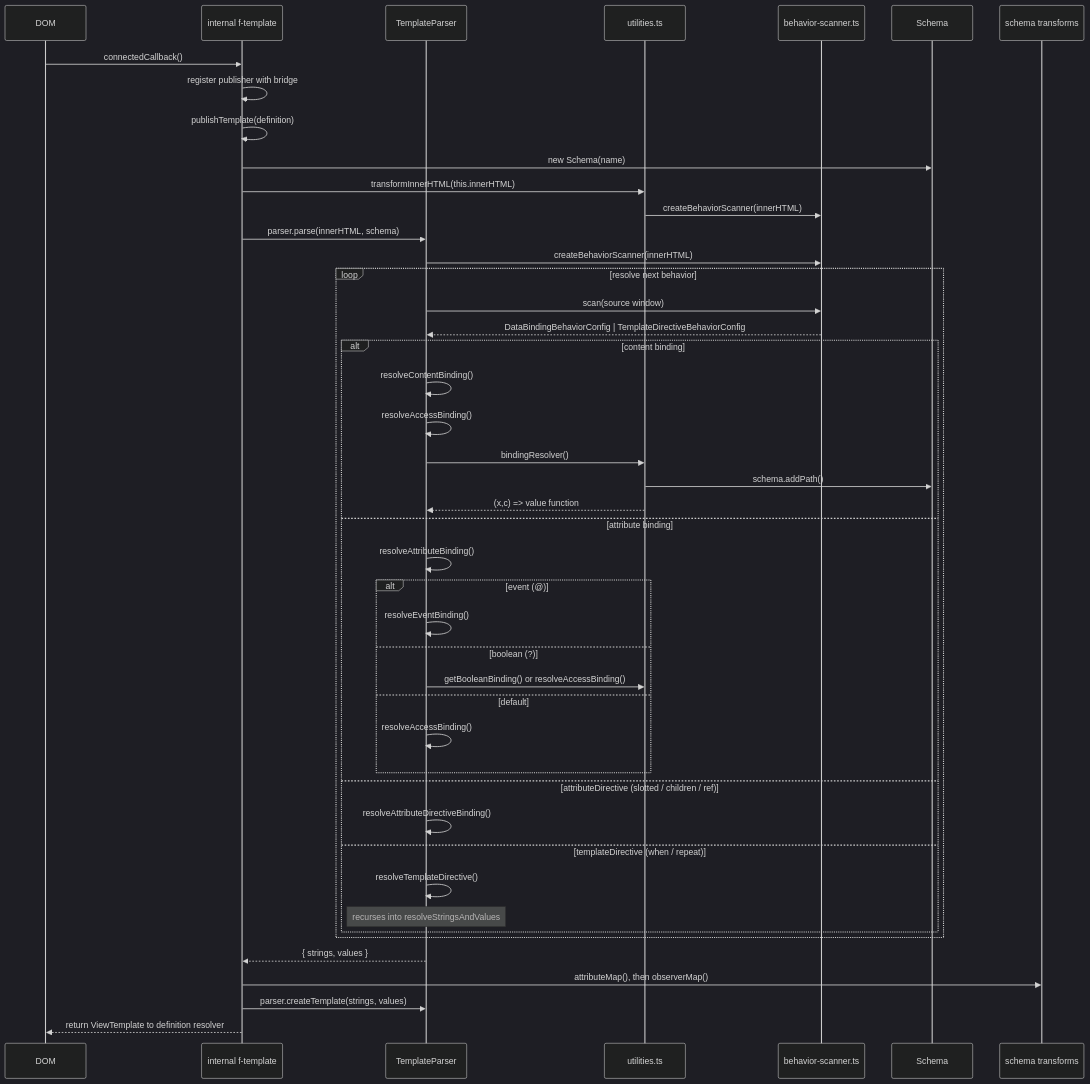
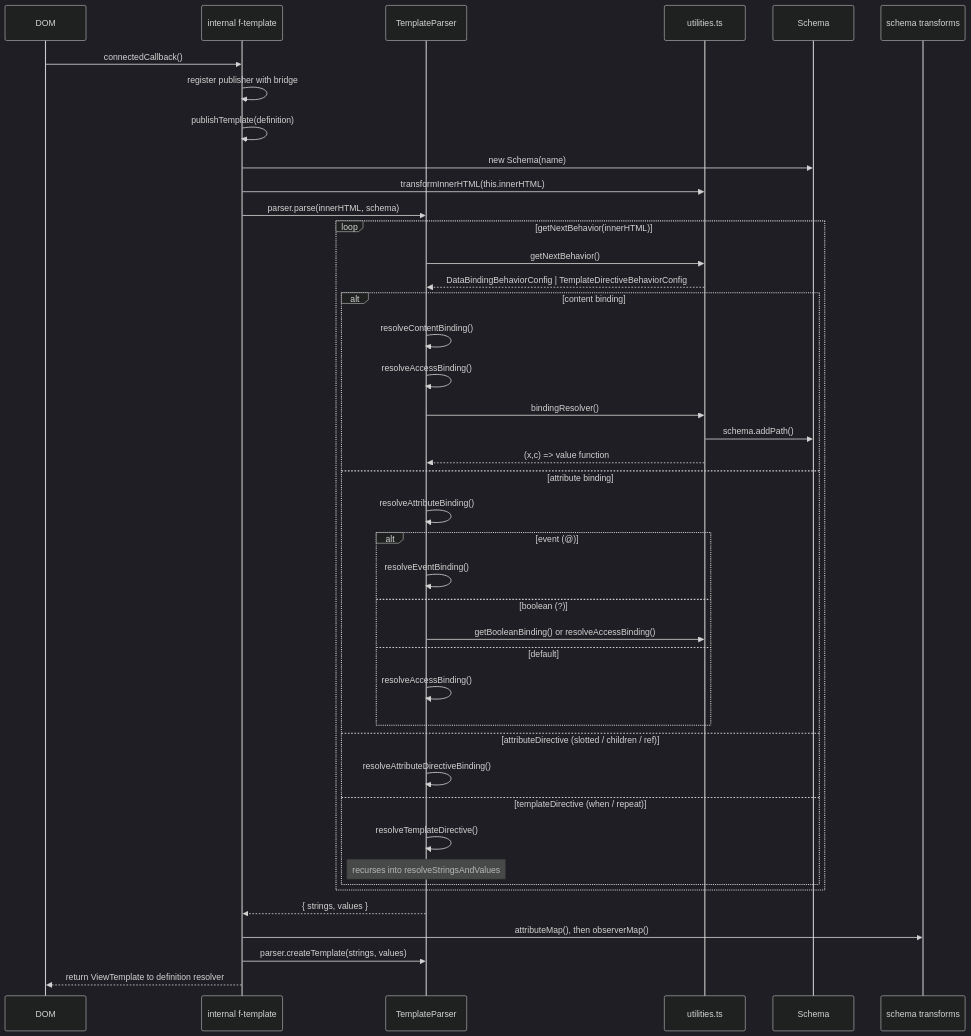
The second of 4 diagrams in packages/fast-element/docs/declarative/design.md (microsoft/fast), drawn with Mermaid (dark theme) before and after one commit. The commit also changed other lines of this file and 31 other files, not shown here.

````diff
--- a/packages/fast-element/docs/declarative/design.md
+++ b/packages/fast-element/docs/declarative/design.md
@@ -458,48 +456,45 @@
 ```mermaid
 sequenceDiagram
     participant DOM
     participant FTE as internal f-template
     participant TP as TemplateParser
     participant U as utilities.ts
-    participant BS as behavior-scanner.ts
     participant S as Schema
     participant Transforms as schema transforms
 
     DOM->>FTE: connectedCallback()
     FTE->>FTE: register publisher with bridge
     FTE->>FTE: publishTemplate(definition)
     FTE->>S: new Schema(name)
     FTE->>U: transformInnerHTML(this.innerHTML)
-    U->>BS: createBehaviorScanner(innerHTML)
     FTE->>TP: parser.parse(innerHTML, schema)
-    TP->>BS: createBehaviorScanner(innerHTML)
-    loop resolve next behavior
-        TP->>BS: scan(source window)
-        BS-->>TP: DataBindingBehaviorConfig | TemplateDirectiveBehaviorConfig
+    loop getNextBehavior(innerHTML)
+        TP->>U: getNextBehavior()
+        U-->>TP: DataBindingBehaviorConfig | TemplateDirectiveBehaviorConfig
         alt content binding
             TP->>TP: resolveContentBinding()
             TP->>TP: resolveAccessBinding()
             TP->>U: bindingResolver()
             U->>S: schema.addPath()
             U-->>TP: (x,c) => value function
         else attribute binding
             TP->>TP: resolveAttributeBinding()
             alt event (@)
                 TP->>TP: resolveEventBinding()
             else boolean (?)
                 TP->>U: getBooleanBinding() or resolveAccessBinding()
             else default
                 TP->>TP: resolveAccessBinding()
             end
         else attributeDirective (slotted / children / ref)
             TP->>TP: resolveAttributeDirectiveBinding()
         else templateDirective (when / repeat)
             TP->>TP: resolveTemplateDirective()
             note over TP: recurses into resolveStringsAndValues
         end
     end
     TP-->>FTE: { strings, values }
     FTE->>Transforms: attributeMap(), then observerMap()
     FTE->>TP: parser.createTemplate(strings, values)
     FTE-->>DOM: return ViewTemplate to definition resolver
 ```
````
